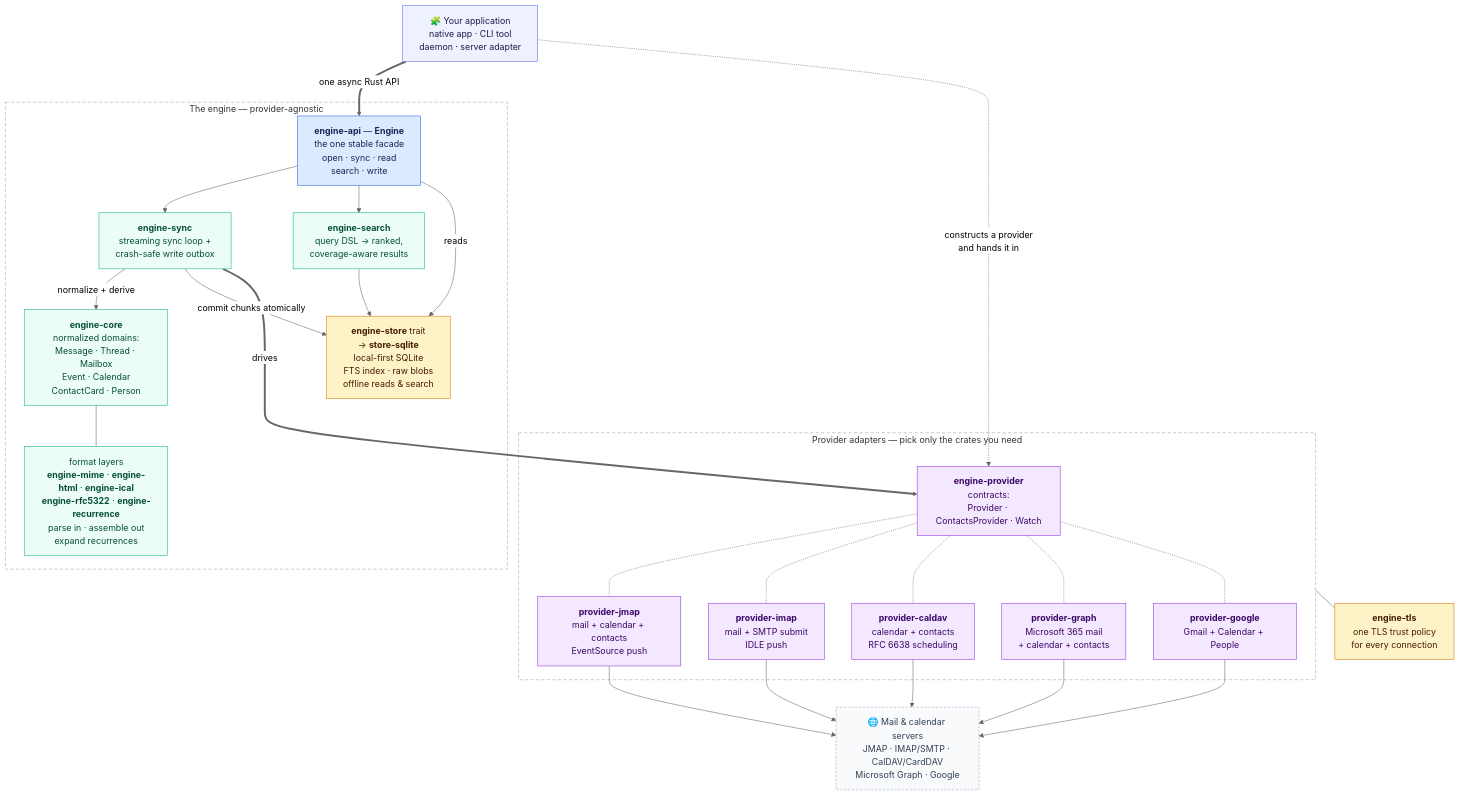
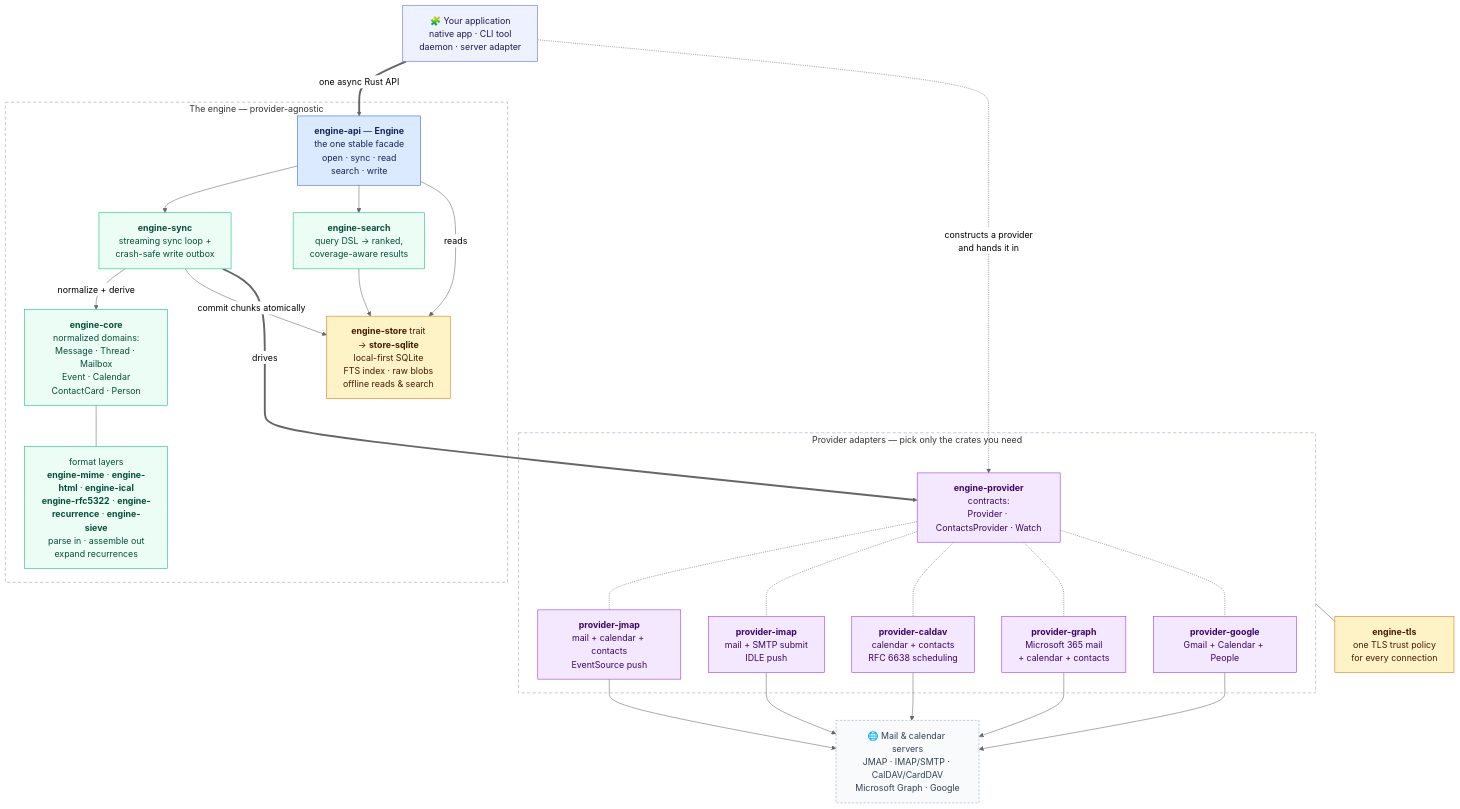
Before and after one commit to allodia-eu/email-calendar-sync-engine: the first of 3 diagrams in README.md, drawn with Mermaid (neutral theme). The commit also changed other lines of this file and 27 other files, not shown here.

First line of the commit message:
Add engine-sieve: a Sieve script split at its top-level commands, byte for byte (#401)

````diff
--- a/README.md
+++ b/README.md
@@ -189,66 +189,66 @@
 ```mermaid
 flowchart TD
     HOST["🧩 Your application<br/>native app · CLI tool<br/>daemon · server adapter"]
 
     HOST ==>|"one async Rust API"| API
     HOST -.->|"constructs a provider<br/>and hands it in"| TRAIT
 
     subgraph ENGINE["The engine — provider-agnostic"]
         API["<b>engine-api</b> — <b>Engine</b><br/>the one stable facade<br/>open · sync · read<br/>search · write"]
         SYNC["<b>engine-sync</b><br/>streaming sync loop +<br/>crash-safe write outbox"]
         SEARCH["<b>engine-search</b><br/>query DSL → ranked,<br/>coverage-aware results"]
         MODEL["<b>engine-core</b><br/>normalized domains:<br/>Message · Thread · Mailbox<br/>Event · Calendar<br/>ContactCard · Person"]
-        FORMATS["format layers<br/><b>engine-mime</b> · <b>engine-html</b> · <b>engine-ical</b><br/><b>engine-rfc5322</b> · <b>engine-recurrence</b><br/>parse in · assemble out<br/>expand recurrences"]
+        FORMATS["format layers<br/><b>engine-mime</b> · <b>engine-html</b> · <b>engine-ical</b><br/><b>engine-rfc5322</b> · <b>engine-recurrence</b> · <b>engine-sieve</b><br/>parse in · assemble out<br/>expand recurrences"]
         STORE["<b>engine-store</b> trait<br/>→ <b>store-sqlite</b><br/>local-first SQLite<br/>FTS index · raw blobs<br/>offline reads &amp; search"]
 
         API --> SYNC
         API --> SEARCH
         API -->|reads| STORE
         SYNC -->|normalize + derive| MODEL
         SYNC -->|commit chunks atomically| STORE
         SEARCH --> STORE
         MODEL --- FORMATS
     end
 
     subgraph ADAPTERS["Provider adapters — pick only the crates you need"]
         TRAIT["<b>engine-provider</b><br/>contracts:<br/>Provider · ContactsProvider · Watch"]
         JMAP["<b>provider-jmap</b><br/>mail + calendar + contacts<br/>EventSource push"]
         IMAP["<b>provider-imap</b><br/>mail + SMTP submit<br/>IDLE push"]
         CALDAV["<b>provider-caldav</b><br/>calendar + contacts<br/>RFC 6638 scheduling"]
         GRAPH["<b>provider-graph</b><br/>Microsoft 365 mail<br/>+ calendar + contacts"]
         GOOGLE["<b>provider-google</b><br/>Gmail + Calendar + People"]
 
         TRAIT -.- JMAP
         TRAIT -.- IMAP
         TRAIT -.- CALDAV
         TRAIT -.- GRAPH
         TRAIT -.- GOOGLE
     end
 
     TLS["<b>engine-tls</b><br/>one TLS trust policy<br/>for every connection"]
 
     SYNC ==>|"drives"| TRAIT
     STORE ~~~ TRAIT
     ADAPTERS --- TLS
     JMAP --> SRV["🌐 Mail &amp; calendar servers<br/>JMAP · IMAP/SMTP · CalDAV/CardDAV<br/>Microsoft Graph · Google"]
     IMAP --> SRV
     CALDAV --> SRV
     GRAPH --> SRV
     GOOGLE --> SRV
 
     classDef host fill:#eef2ff,stroke:#6366f1,color:#1e1b4b
     classDef facade fill:#dbeafe,stroke:#2563eb,color:#172554
     classDef internal fill:#ecfdf5,stroke:#10b981,color:#064e3b
     classDef storec fill:#fef3c7,stroke:#d97706,color:#451a03
     classDef adapter fill:#f3e8ff,stroke:#9333ea,color:#3b0764
     classDef external fill:#f8fafc,stroke:#94a3b8,color:#334155,stroke-dasharray: 4 3
 
     class HOST host
     class API facade
     class SYNC,SEARCH,MODEL,FORMATS internal
     class STORE,TLS storec
     class TRAIT,JMAP,IMAP,CALDAV,GRAPH,GOOGLE adapter
     class SRV external
     style ENGINE fill:none,stroke:#94a3b8,stroke-dasharray: 6 4
     style ADAPTERS fill:none,stroke:#94a3b8,stroke-dasharray: 6 4
 ```
````
